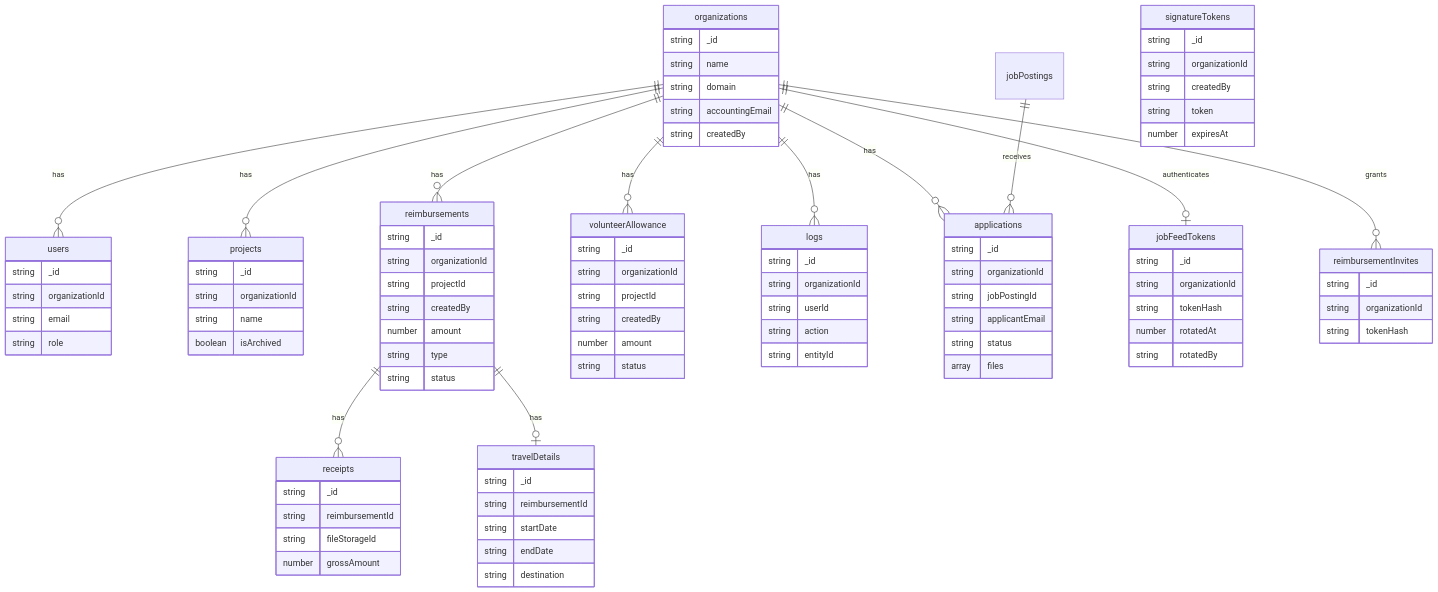
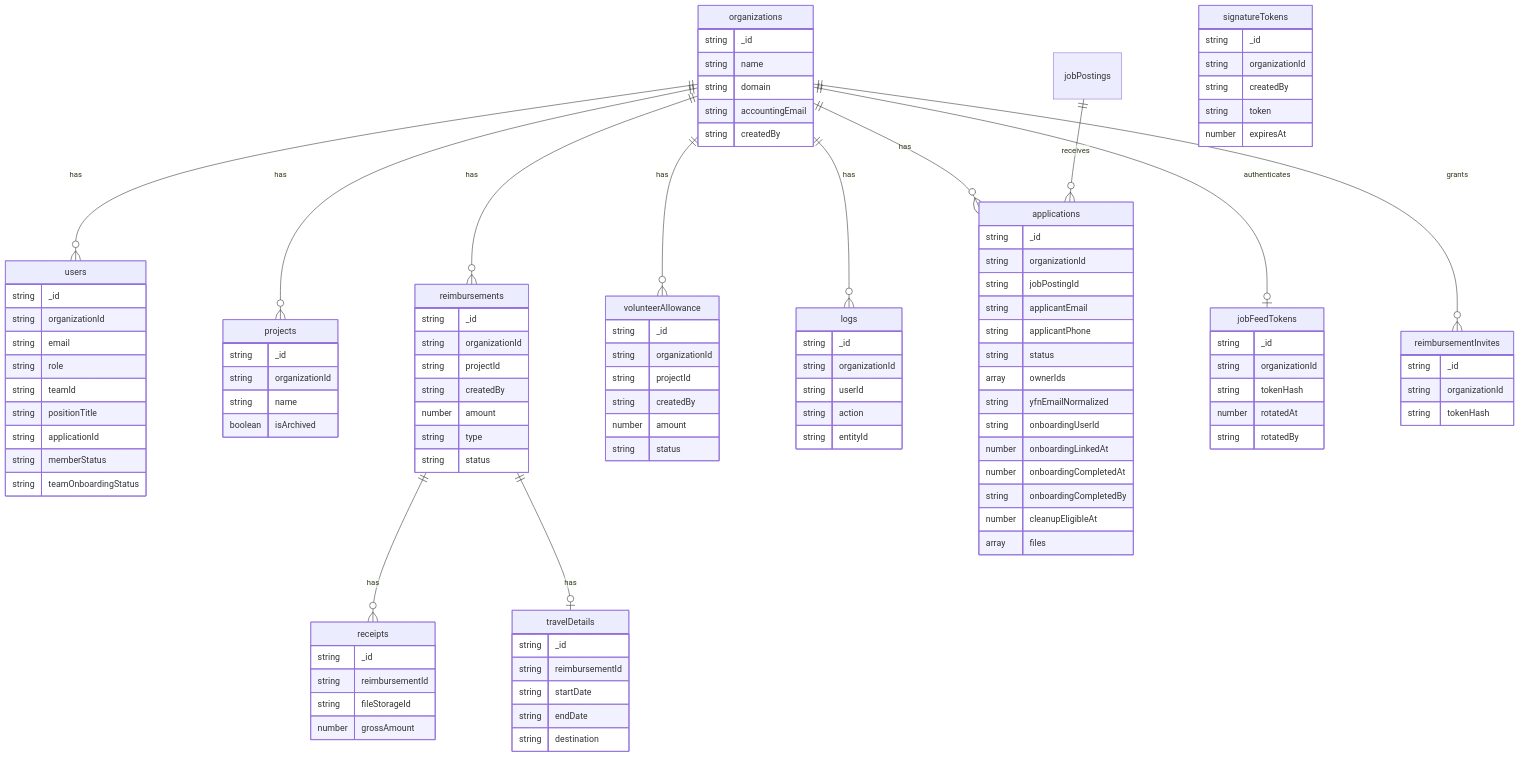
Before and after one commit to yfndev/ybase: the diagram in docs/schema.md, drawn with Mermaid. The commit also changed other lines of this file and 79 other files, not shown here.

Commit message:
feat(recruiting): complete application onboarding flow

```diff
--- a/docs/schema.md
+++ b/docs/schema.md
@@ -45,6 +45,11 @@
         string organizationId
         string email
         string role
+        string teamId
+        string positionTitle
+        string applicationId
+        string memberStatus
+        string teamOnboardingStatus
     }
 
     projects {
@@ -101,7 +106,15 @@
         string organizationId
         string jobPostingId
         string applicantEmail
+        string applicantPhone
         string status
+        array ownerIds
+        string yfnEmailNormalized
+        string onboardingUserId
+        number onboardingLinkedAt
+        number onboardingCompletedAt
+        string onboardingCompletedBy
+        number cleanupEligibleAt
         array files
     }
 
```
